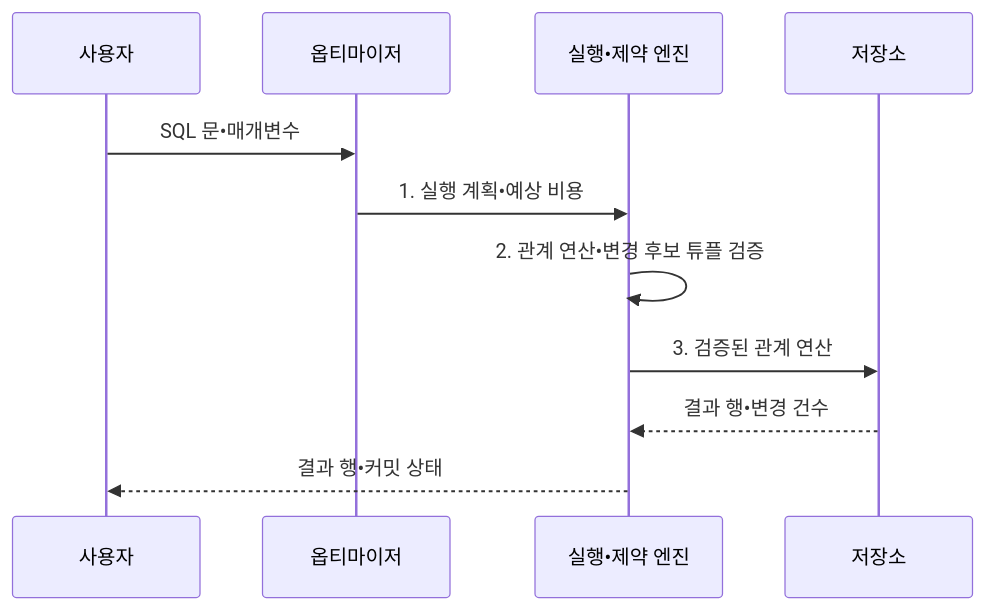
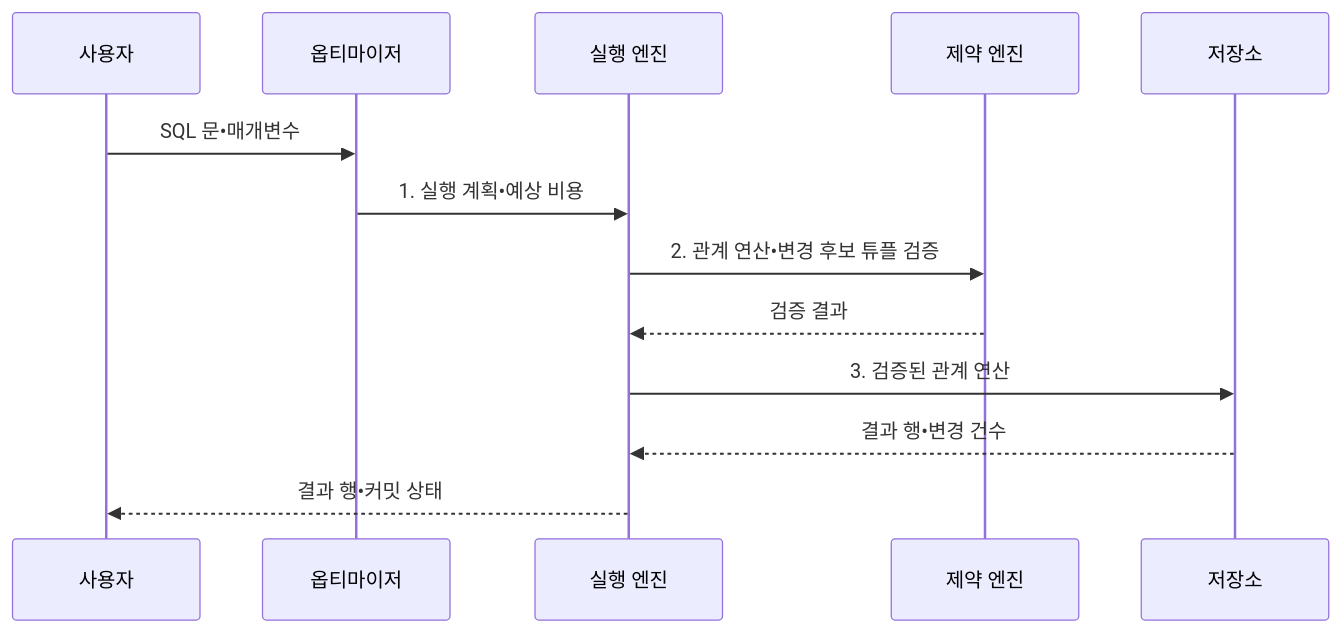
The second of 2 diagrams in src/content/docs/notes/03-software/084_relational_database.md (agnusdei1207/knowledge-base), drawn with Mermaid before and after one commit. The commit also changed other lines of this file and 15 other files, not shown here.

````diff
--- a/src/content/docs/notes/03-software/084_relational_database.md
+++ b/src/content/docs/notes/03-software/084_relational_database.md
@@ -106,13 +106,15 @@
 ```mermaid
 sequenceDiagram
     participant U as 사용자
     participant O as 옵티마이저
-    participant E as 실행•제약 엔진
+    participant E as 실행 엔진
+    participant C as 제약 엔진
     participant S as 저장소
     U->>O: SQL 문•매개변수
     O->>E: 1. 실행 계획•예상 비용
-    E->>E: 2. 관계 연산•변경 후보 튜플 검증
+    E->>C: 2. 관계 연산•변경 후보 튜플 검증
+    C-->>E: 검증 결과
     E->>S: 3. 검증된 관계 연산
     S-->>E: 결과 행•변경 건수
     E-->>U: 결과 행•커밋 상태
 ```
````
